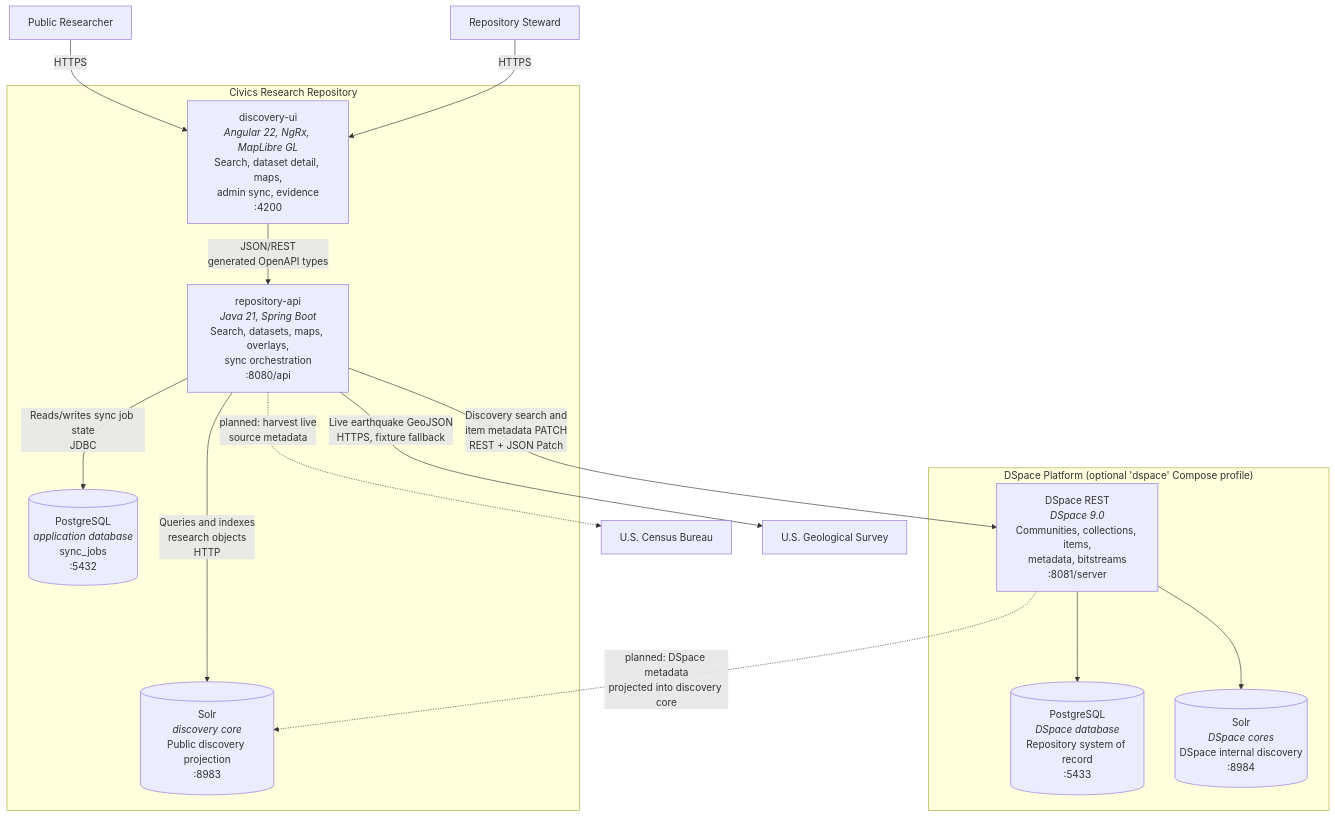
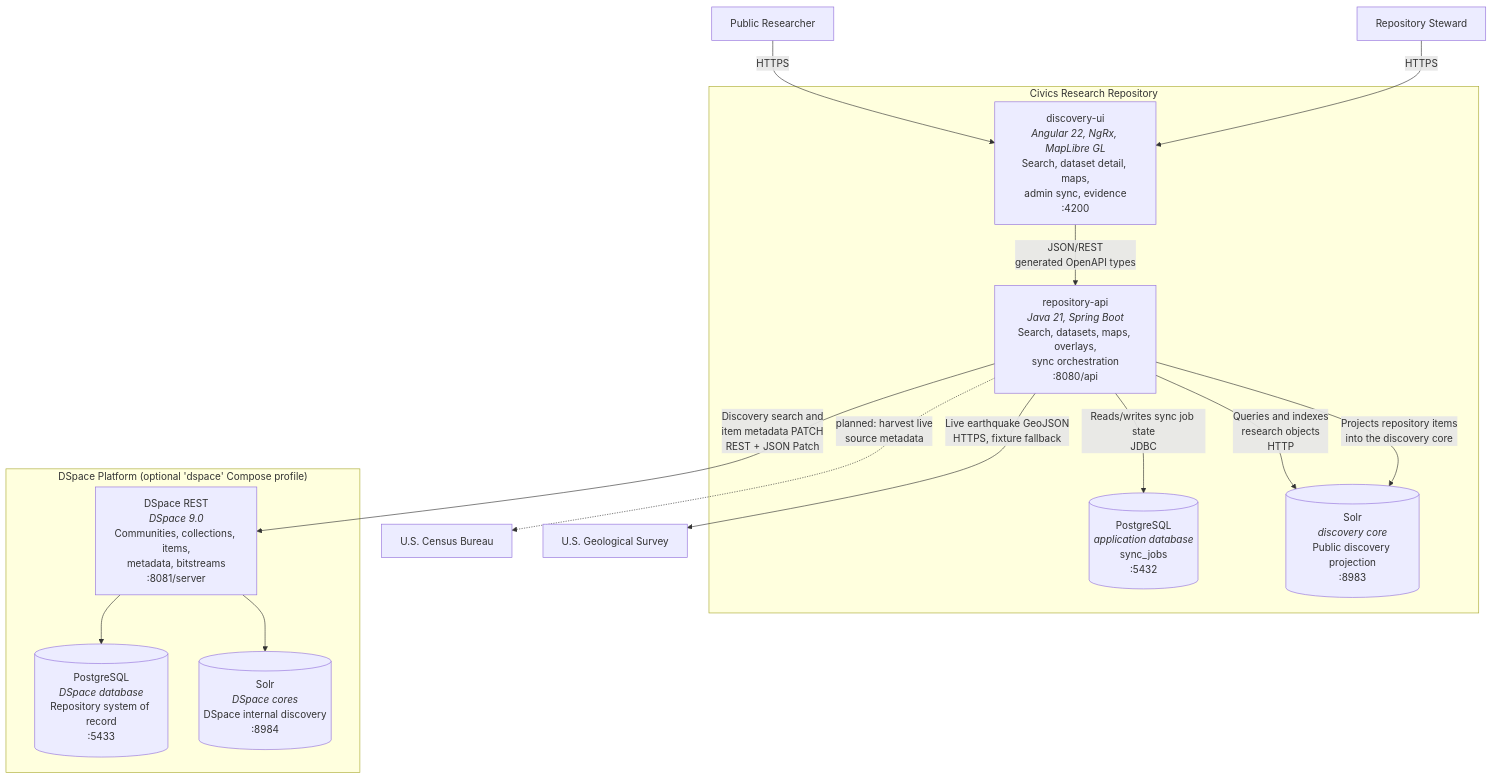
The second of 5 diagrams in documentation/architecture-diagrams.md (JeffreySanford/civics-research-repository), drawn with Mermaid before and after one commit. The commit also changed other lines of this file and 53 other files, not shown here.

````diff
--- a/documentation/architecture-diagrams.md
+++ b/documentation/architecture-diagrams.md
@@ -29,36 +29,36 @@
 ```mermaid
 flowchart TB
     researcher["Public Researcher"]
     steward["Repository Steward"]
 
     subgraph crr["Civics Research Repository"]
         ui["discovery-ui<br/><i>Angular 22, NgRx, MapLibre GL</i><br/>Search, dataset detail, maps,<br/>admin sync, evidence<br/>:4200"]
         api["repository-api<br/><i>Java 21, Spring Boot</i><br/>Search, datasets, maps, overlays,<br/>sync orchestration<br/>:8080/api"]
         opsdb[("PostgreSQL<br/><i>application database</i><br/>sync_jobs<br/>:5432")]
         discovery[("Solr<br/><i>discovery core</i><br/>Public discovery projection<br/>:8983")]
     end
 
     subgraph dspace["DSpace Platform (optional 'dspace' Compose profile)"]
         dsrest["DSpace REST<br/><i>DSpace 9.0</i><br/>Communities, collections, items,<br/>metadata, bitstreams<br/>:8081/server"]
         dsdb[("PostgreSQL<br/><i>DSpace database</i><br/>Repository system of record<br/>:5433")]
         dssolr[("Solr<br/><i>DSpace cores</i><br/>DSpace internal discovery<br/>:8984")]
     end
 
     census["U.S. Census Bureau"]
     usgs["U.S. Geological Survey"]
 
     researcher -->|HTTPS| ui
     steward -->|HTTPS| ui
     ui -->|"JSON/REST<br/>generated OpenAPI types"| api
 
     api -->|"Reads/writes sync job state<br/>JDBC"| opsdb
     api -->|"Queries and indexes<br/>research objects<br/>HTTP"| discovery
     api -->|"Discovery search and<br/>item metadata PATCH<br/>REST + JSON Patch"| dsrest
     api -->|"Live earthquake GeoJSON<br/>HTTPS, fixture fallback"| usgs
 
     dsrest --> dsdb
     dsrest --> dssolr
 
+    api -->|"Projects repository items<br/>into the discovery core"| discovery
     api -.->|"planned: harvest live<br/>source metadata"| census
-    dsrest -.->|"planned: DSpace metadata<br/>projected into discovery core"| discovery
 ```
````
